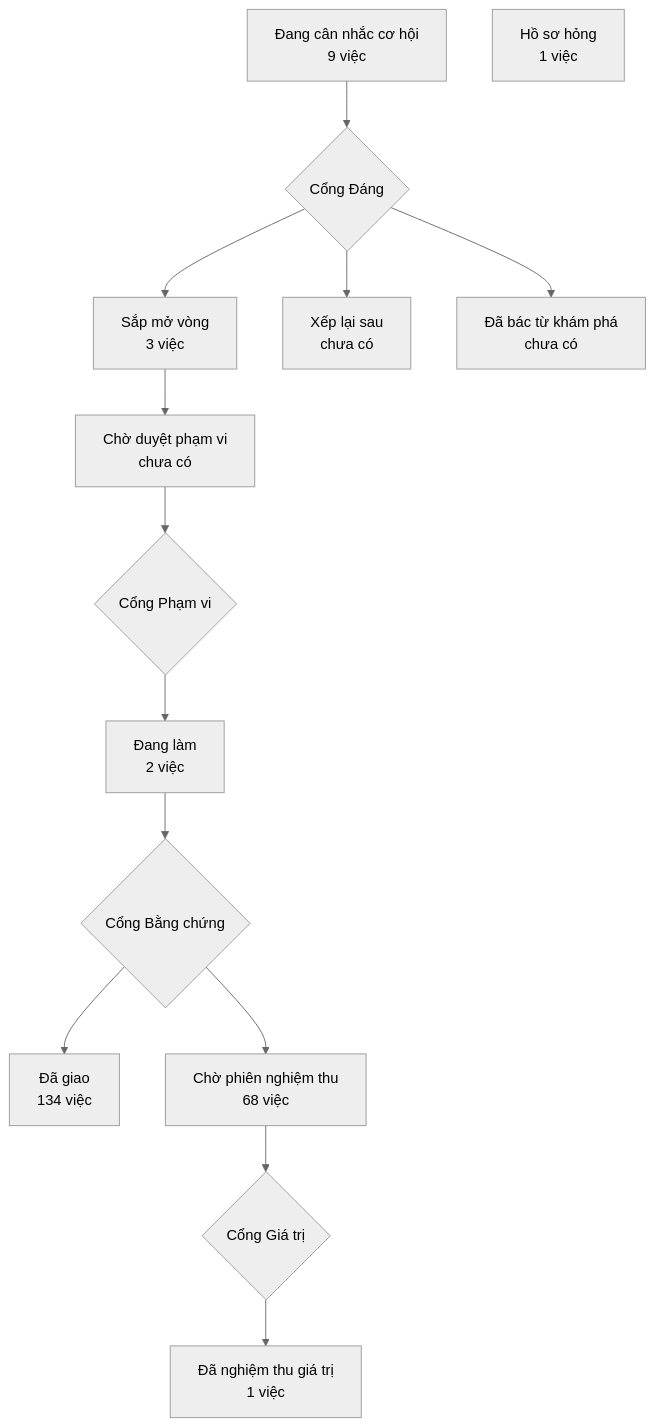
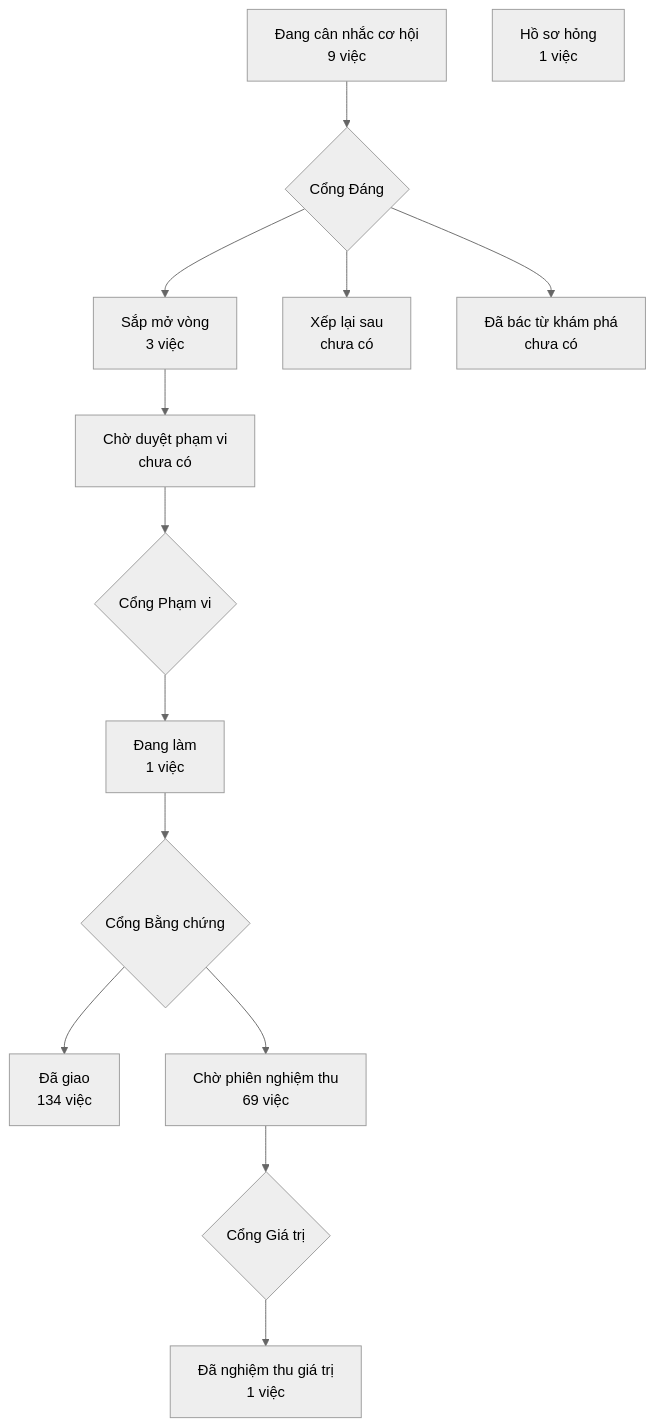
Before and after one commit to phanlemanh/crm-onehub: the diagram in PRODUCT-MAP.md, drawn with Mermaid (neutral theme). The commit also changed 6 other files, not shown here.

````diff
--- a/PRODUCT-MAP.md
+++ b/PRODUCT-MAP.md
@@ -7,13 +7,13 @@
 ```mermaid
 flowchart TD
   A["Đang cân nhắc cơ hội<br/>9 việc"] --> GD{"Cổng Đáng"}
   GD --> B["Sắp mở vòng<br/>3 việc"]
   GD --> XL["Xếp lại sau<br/>chưa có"]
   GD --> DB["Đã bác từ khám phá<br/>chưa có"]
   B --> CD["Chờ duyệt phạm vi<br/>chưa có"] --> GP{"Cổng Phạm vi"}
-  GP --> DL["Đang làm<br/>2 việc"] --> GB{"Cổng Bằng chứng"}
+  GP --> DL["Đang làm<br/>1 việc"] --> GB{"Cổng Bằng chứng"}
   GB --> DG["Đã giao<br/>134 việc"]
-  GB --> CN["Chờ phiên nghiệm thu<br/>68 việc"] --> GG{"Cổng Giá trị"}
+  GB --> CN["Chờ phiên nghiệm thu<br/>69 việc"] --> GG{"Cổng Giá trị"}
   GG --> NT["Đã nghiệm thu giá trị<br/>1 việc"]
   HS["Hồ sơ hỏng<br/>1 việc"]
 ```
````
